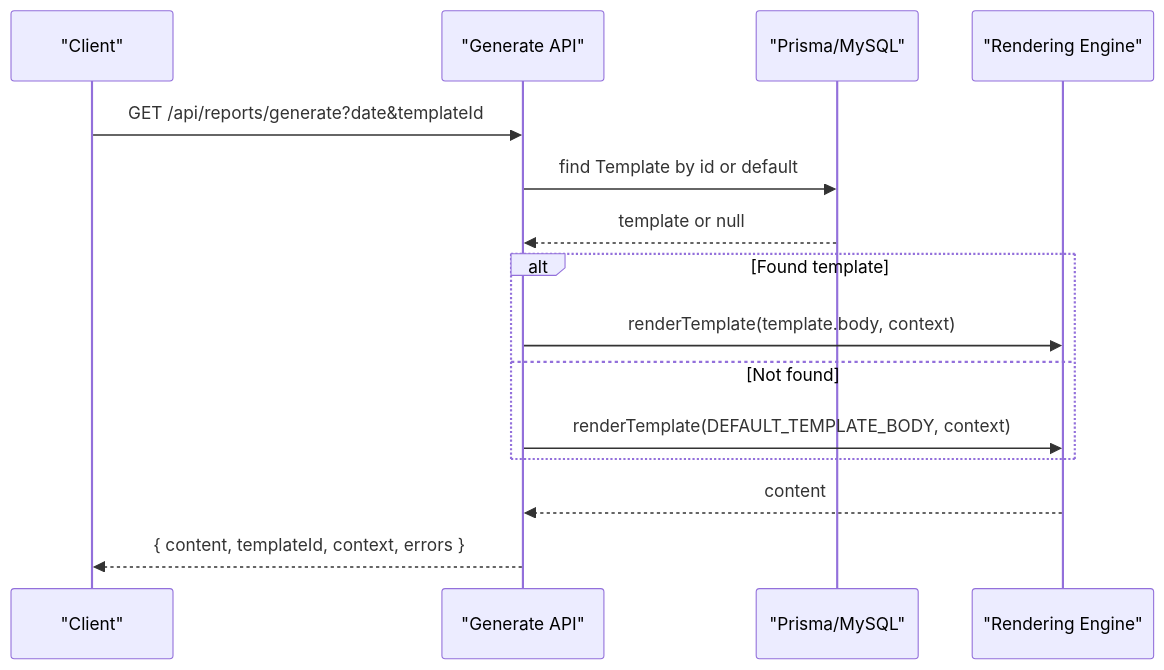
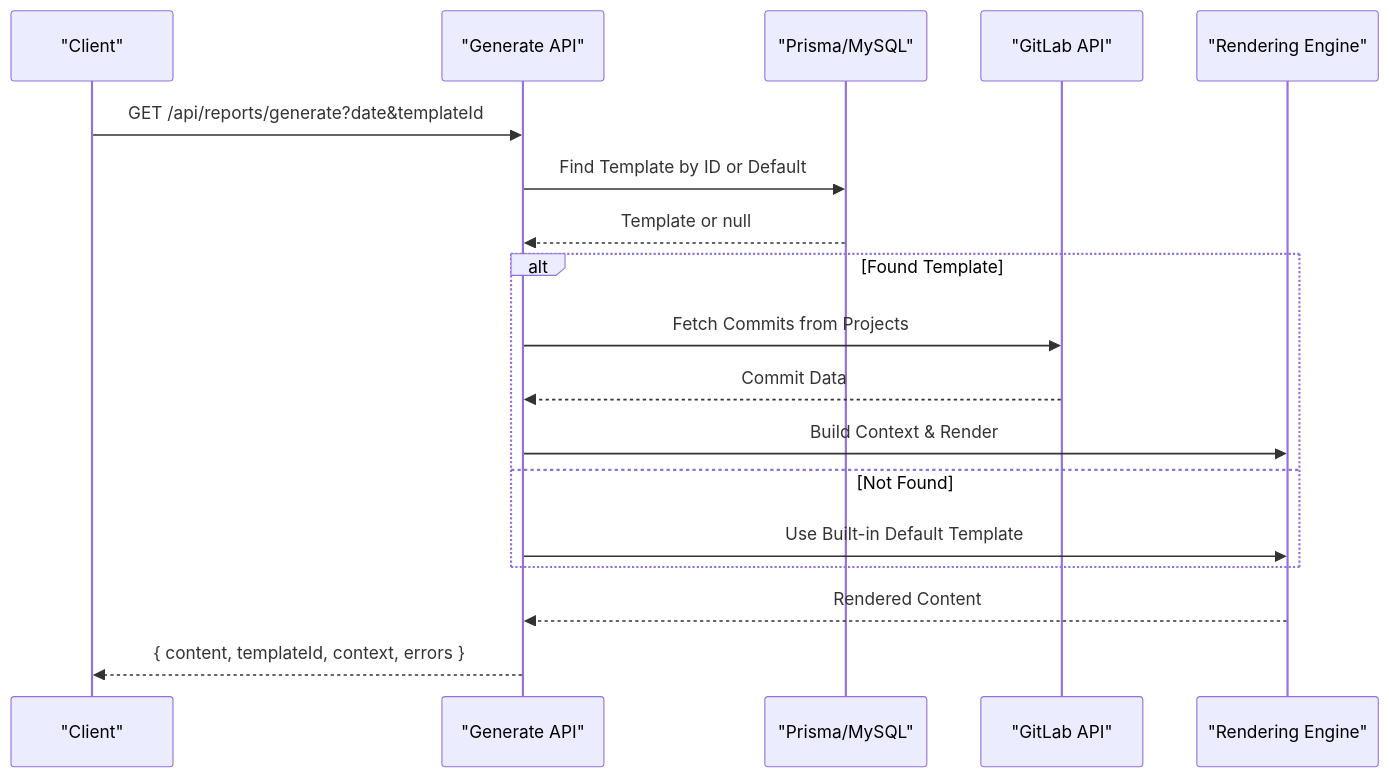
Before and after one commit to jrj444/git-daily: the sixth of 9 diagrams in .qoder/repowiki/en/content/Settings and Configuration/Template Management.md, drawn with Mermaid. The commit also changed other lines of this file and 26 other files, not shown here.

````diff
--- a/.qoder/repowiki/en/content/Settings and Configuration/Template Management.md
+++ b/.qoder/repowiki/en/content/Settings and Configuration/Template Management.md
@@ -200,17 +330,20 @@
 ```mermaid
 sequenceDiagram
 participant Client as "Client"
 participant Gen as "Generate API"
 participant DB as "Prisma/MySQL"
+participant GL as "GitLab API"
 participant Rend as "Rendering Engine"
 Client->>Gen : GET /api/reports/generate?date&templateId
-Gen->>DB : find Template by id or default
-DB-->>Gen : template or null
-alt Found template
-Gen->>Rend : renderTemplate(template.body, context)
-else Not found
-Gen->>Rend : renderTemplate(DEFAULT_TEMPLATE_BODY, context)
+Gen->>DB : Find Template by ID or Default
+DB-->>Gen : Template or null
+alt Found Template
+Gen->>GL : Fetch Commits from Projects
+GL-->>Gen : Commit Data
+Gen->>Rend : Build Context & Render
+else Not Found
+Gen->>Rend : Use Built-in Default Template
 end
-Rend-->>Gen : content
+Rend-->>Gen : Rendered Content
 Gen-->>Client : { content, templateId, context, errors }
 ```
````
